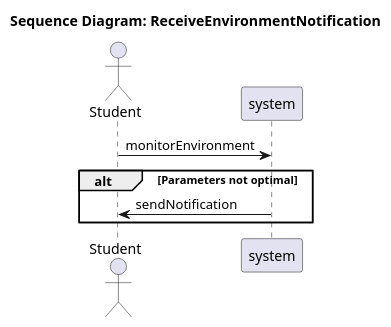
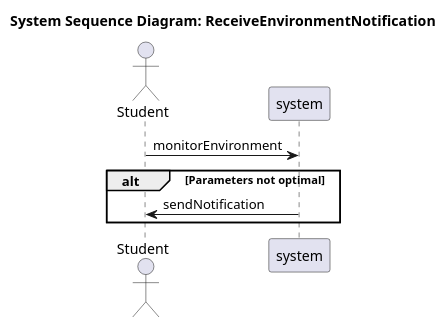
Before and after one commit to SEP4Real/SEP4: the diagram in Documentation/Analysis/ssds/StudyHelper_ReceiveEnvironmentNotification.ssd.puml, drawn with PlantUML. The commit also changed 26 other files, not shown here.

Commit message:
[Fix] Old diagram fixes

```diff
--- a/Documentation/Analysis/ssds/StudyHelper_ReceiveEnvironmentNotification.ssd.puml
+++ b/Documentation/Analysis/ssds/StudyHelper_ReceiveEnvironmentNotification.ssd.puml
@@ -1,10 +1,10 @@
 @startuml
-title Sequence Diagram: ReceiveEnvironmentNotification
+title System Sequence Diagram: ReceiveEnvironmentNotification
 actor "Student" as Actor
 participant "system" as System
 
 Actor -> System : monitorEnvironment
 alt Parameters not optimal
 System -> Actor : sendNotification
 end
 @enduml
```
